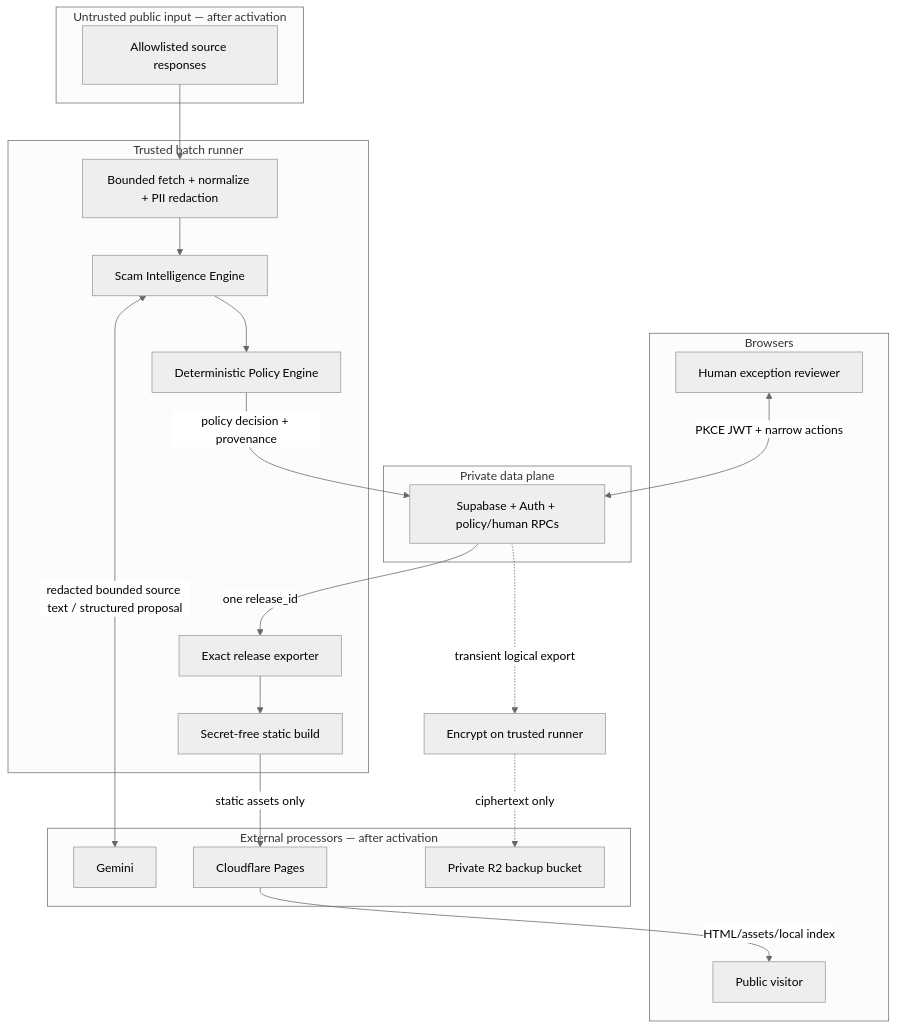
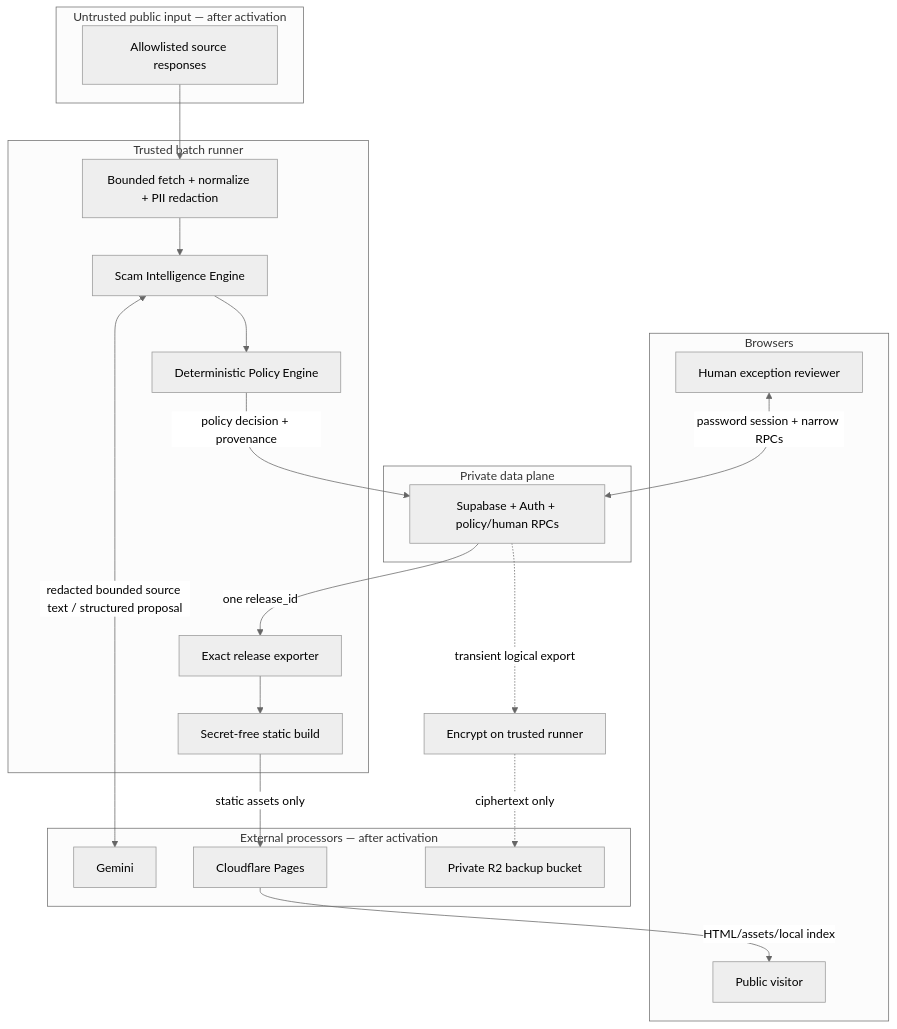
The first of 3 diagrams in docs/data-flow.md (Insparian/scam-radar), drawn with Mermaid (neutral theme) before and after one commit. The commit also changed other lines of this file and 37 other files, not shown here.

````diff
--- a/docs/data-flow.md
+++ b/docs/data-flow.md
@@ -7,33 +7,33 @@
 ```mermaid
 flowchart TB
     subgraph U["Untrusted public input — after activation"]
       S["Allowlisted source responses"]
     end
     subgraph T["Trusted batch runner"]
       N["Bounded fetch + normalize + PII redaction"]
       P["Scam Intelligence Engine"]
       PE["Deterministic Policy Engine"]
       X["Exact release exporter"]
       B["Secret-free static build"]
     end
     subgraph E["External processors — after activation"]
       G["Gemini"]
       C["Cloudflare Pages"]
       O["Private R2 backup bucket"]
     end
     subgraph D["Private data plane"]
       DB["Supabase + Auth + policy/human RPCs"]
     end
     subgraph W["Browsers"]
       R["Human exception reviewer"]
       V["Public visitor"]
     end
 
     S --> N --> P --> PE
     P <-->|"redacted bounded source text / structured proposal"| G
     PE -->|"policy decision + provenance"| DB
-    R <-->|"PKCE JWT + narrow actions"| DB
+    R <-->|"password session + narrow RPCs"| DB
     DB -->|"one release_id"| X --> B -->|"static assets only"| C
     DB -.->|"transient logical export"| K["Encrypt on trusted runner"] -.->|"ciphertext only"| O
     C -->|"HTML/assets/local index"| V
 ```
````
